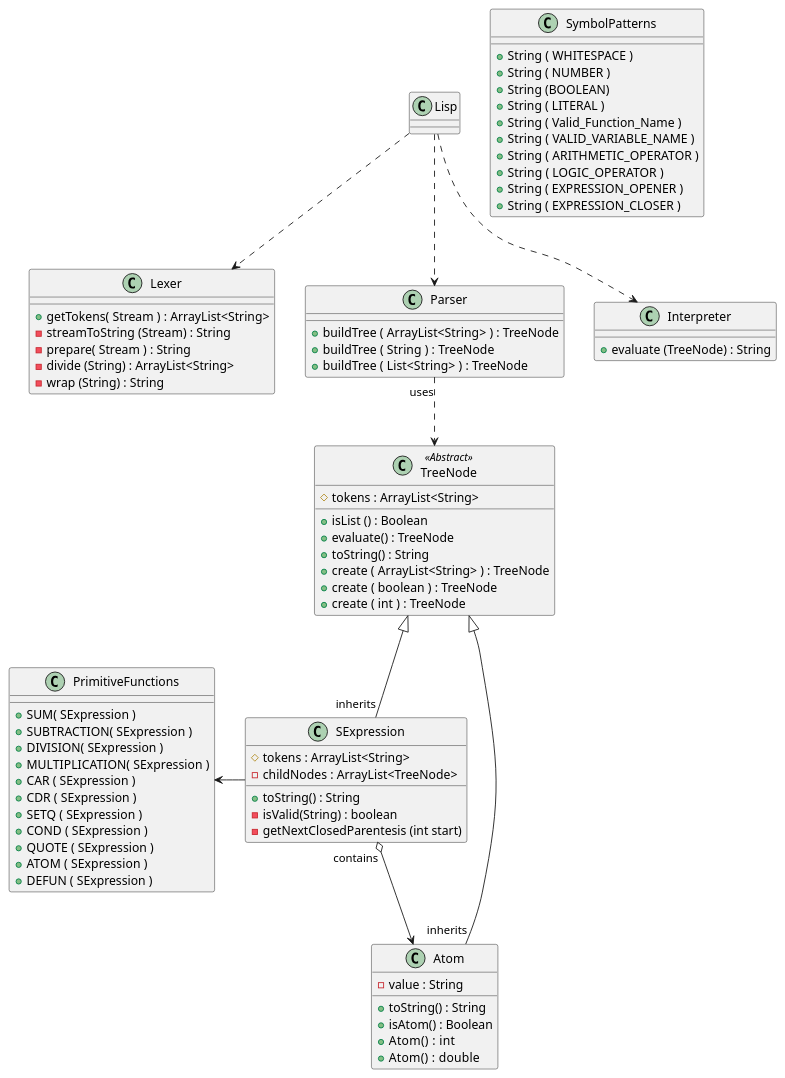
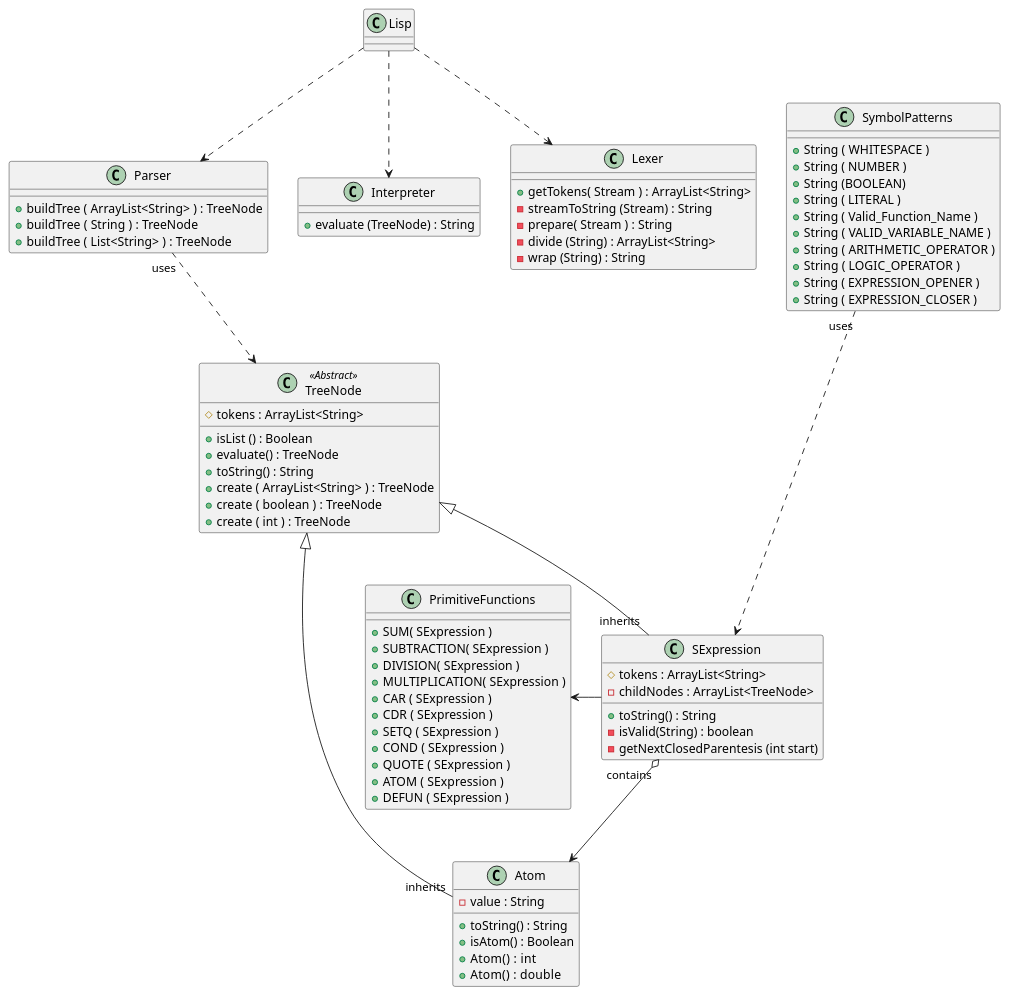
The diagram in classesUML.puml (DiegoLinares11/LISP-Project), drawn with PlantUML before and after one commit.

Commit message:
Update classesUML.puml
Relacion de SymbolPatterns

```diff
--- a/classesUML.puml
+++ b/classesUML.puml
@@ -1,108 +1,108 @@
 @startuml
 'https://plantuml.com/class-diagram
 
 class Lisp
 class Lexer
 class Parser
 class Interpreter
 
 Lisp ..> Lexer
 Lisp ..> Parser
 Lisp ..> Interpreter
 
 abstract class TreeNode
 class Atom
 class SExpression
 
 class PrimitiveFunctions
 class SymbolPatterns{
    + String ( WHITESPACE )
    + String ( NUMBER )
    + String (BOOLEAN)
    + String ( LITERAL )
    + String ( Valid_Function_Name )
    + String ( VALID_VARIABLE_NAME )
    + String ( ARITHMETIC_OPERATOR )
    + String ( LOGIC_OPERATOR )
    + String ( EXPRESSION_OPENER )
    + String ( EXPRESSION_CLOSER )
 
 
 
 }
 
 Parser "uses" ..> TreeNode
-
+SymbolPatterns "uses" ...> SExpression
 TreeNode <|-- "inherits" Atom
 TreeNode <|-- "inherits" SExpression
 SExpression "contains" o--> Atom
  PrimitiveFunctions <- SExpression
 
 class Lexer {
     + getTokens( Stream ) : ArrayList<String>
     - streamToString (Stream) : String
     - prepare( Stream ) : String
     - divide (String) : ArrayList<String>
     - wrap (String) : String
 
 }
 
 class Parser {
     + buildTree ( ArrayList<String> ) : TreeNode
     + buildTree ( String ) : TreeNode
     + buildTree ( List<String> ) : TreeNode
 
 
 }
 
 class Interpreter {
     + evaluate (TreeNode) : String
 }
 
 class TreeNode <<Abstract>>{
     # tokens : ArrayList<String>
     + isList () : Boolean
     + evaluate() : TreeNode
     + toString() : String
     + create ( ArrayList<String> ) : TreeNode
     + create ( boolean ) : TreeNode
     + create ( int ) : TreeNode
 
 }
 
 class Atom {
     - value : String
     + toString() : String
     + isAtom() : Boolean
     + Atom() :  int
     + Atom() :  double
 
 
 
 
 }
 
 class SExpression {
     'Talvez los tokens no sen necesarios'
     # tokens : ArrayList<String>
     - childNodes : ArrayList<TreeNode>
     + toString() : String
     - isValid(String) : boolean
     - getNextClosedParentesis (int start)
 }
 
 class PrimitiveFunctions{
    + SUM( SExpression )
    + SUBTRACTION( SExpression )
    + DIVISION( SExpression )
    + MULTIPLICATION( SExpression )
    + CAR ( SExpression )
    + CDR ( SExpression )
    + SETQ ( SExpression )
    + COND ( SExpression )
    + QUOTE ( SExpression )
    + ATOM ( SExpression )
    + DEFUN ( SExpression )
 
 }
 @enduml
```
